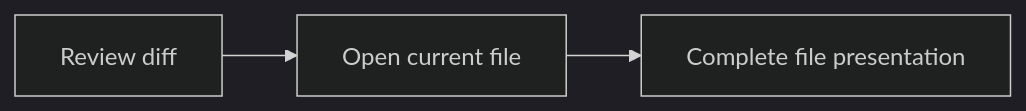
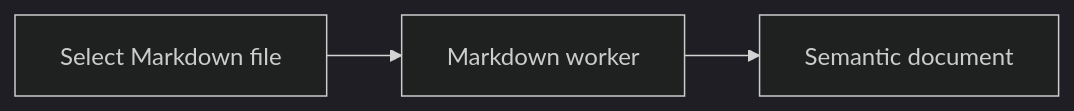
The diagram in BridgeWeb/src/test-fixtures/markdown-view-showcase.md (ShravanSunder/agentstudio), drawn with Mermaid (dark theme) before and after one commit. The commit also changed other lines of this file and 54 other files, not shown here.

````diff
--- a/BridgeWeb/src/test-fixtures/markdown-view-showcase.md
+++ b/BridgeWeb/src/test-fixtures/markdown-view-showcase.md
@@ -33,5 +33,5 @@
 ```mermaid
 flowchart LR
-    Review[Review diff] --> Open[Open current file]
-    Open --> Document[Complete file presentation]
+    Selection[Select Markdown file] --> Worker[Markdown worker]
+    Worker --> Document[Semantic document]
 ```
````
